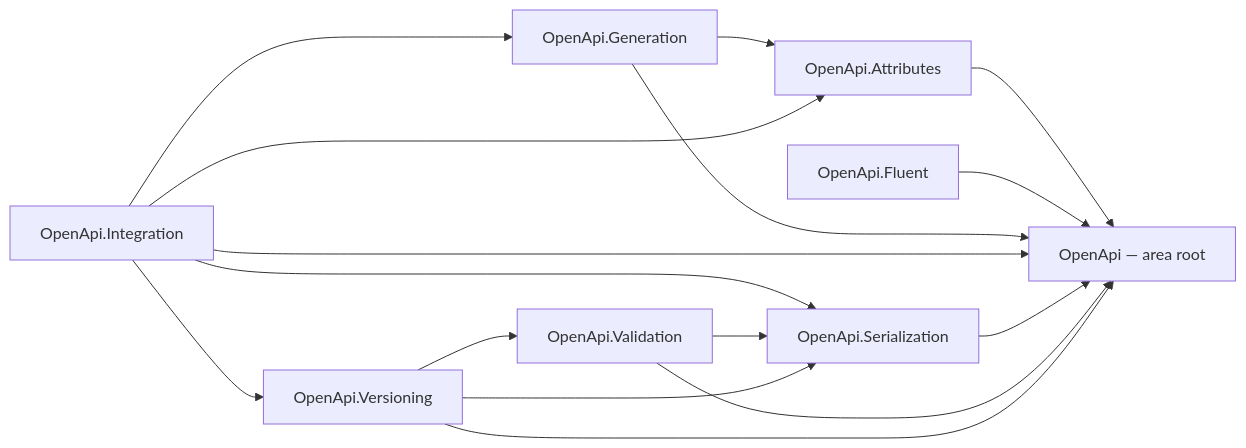
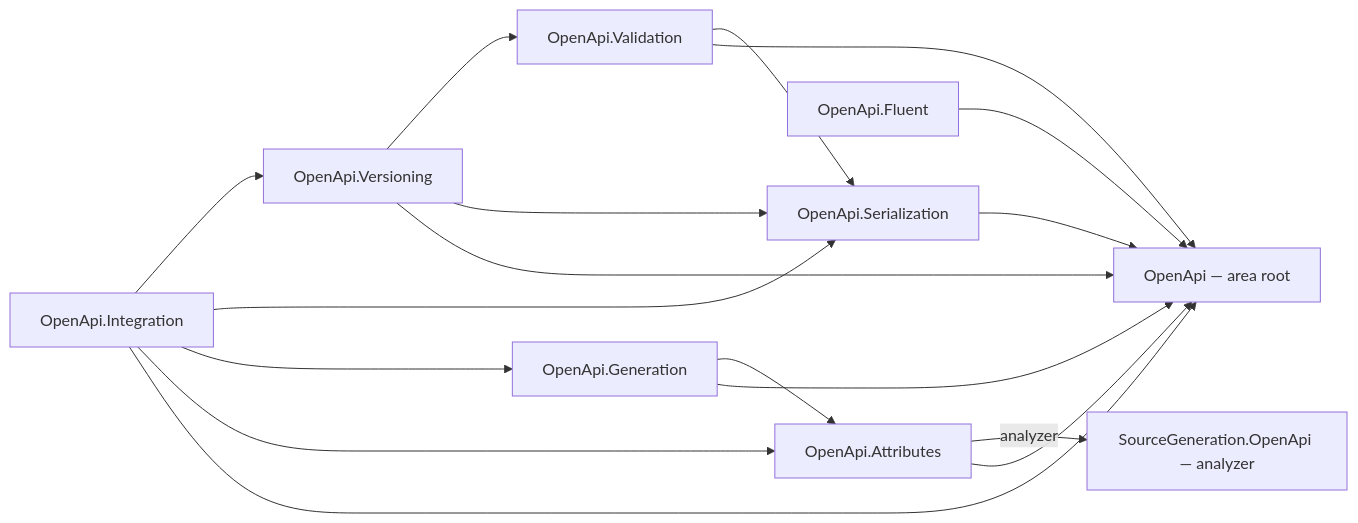
The diagram in libraries/OpenApi/README.md (assimalign/cohesion), drawn with Mermaid before and after one commit. The commit also changed other lines of this file and 2416 other files, not shown here.

````diff
--- a/libraries/OpenApi/README.md
+++ b/libraries/OpenApi/README.md
@@ -13,26 +16,28 @@
 ```mermaid
 flowchart LR
     P0["OpenApi — area root"]
     P1["OpenApi.Attributes"]
     P2["OpenApi.Fluent"]
     P3["OpenApi.Generation"]
     P4["OpenApi.Integration"]
     P5["OpenApi.Serialization"]
     P6["OpenApi.Validation"]
     P7["OpenApi.Versioning"]
+    P8["SourceGeneration.OpenApi — analyzer"]
     P1 --> P0
+    P1 -->|"analyzer"| P8
     P2 --> P0
     P3 --> P0
     P3 --> P1
     P4 --> P0
     P4 --> P1
     P4 --> P3
     P4 --> P5
     P4 --> P7
     P5 --> P0
     P6 --> P0
     P6 --> P5
     P7 --> P0
     P7 --> P5
     P7 --> P6
 ```
````
